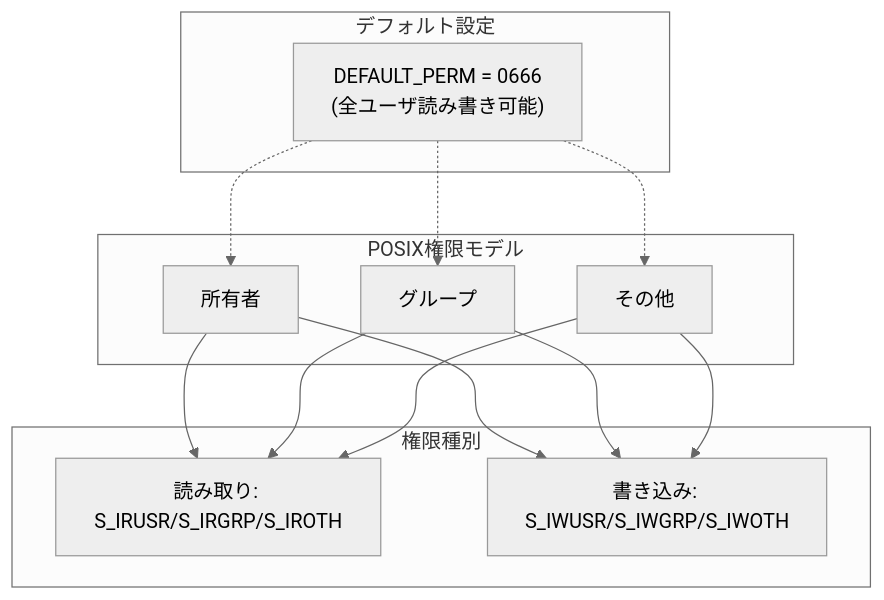
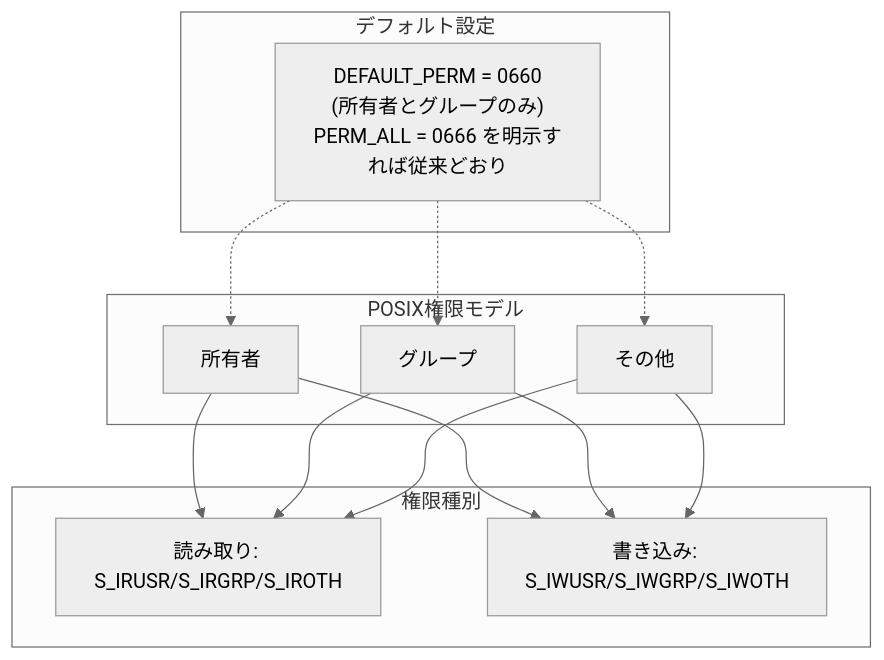
One commit to REACT-ROBOT/shared-memory-based-handy-communication-manager changed diagram 12 of 17 in manual/spec_jp.md. Above: the diagram before and after it, drawn with Mermaid (neutral theme). The commit also changed other lines of this file and 4 other files, not shown here.

```diff
--- a/manual/spec_jp.md
+++ b/manual/spec_jp.md
@@ -517,28 +676,28 @@
 <div class="mermaid">
 graph TB
     subgraph "POSIX権限モデル"
         Owner[所有者]
         Group[グループ]
         Others[その他]
     end
     
     subgraph "権限種別"
         Read["読み取り: S_IRUSR/S_IRGRP/S_IROTH"]
         Write["書き込み: S_IWUSR/S_IWGRP/S_IWOTH"]
     end
     
     subgraph "デフォルト設定"
-        Default["DEFAULT_PERM = 0666<br/>(全ユーザ読み書き可能)"]
+        Default["DEFAULT_PERM = 0660<br/>(所有者とグループのみ)<br/>PERM_ALL = 0666 を明示すれば従来どおり"]
     end
     
     Owner --> Read
     Owner --> Write
     Group --> Read
     Group --> Write
     Others --> Read
     Others --> Write
     
     Default -.-> Owner
     Default -.-> Group
     Default -.-> Others
 </div>
```
